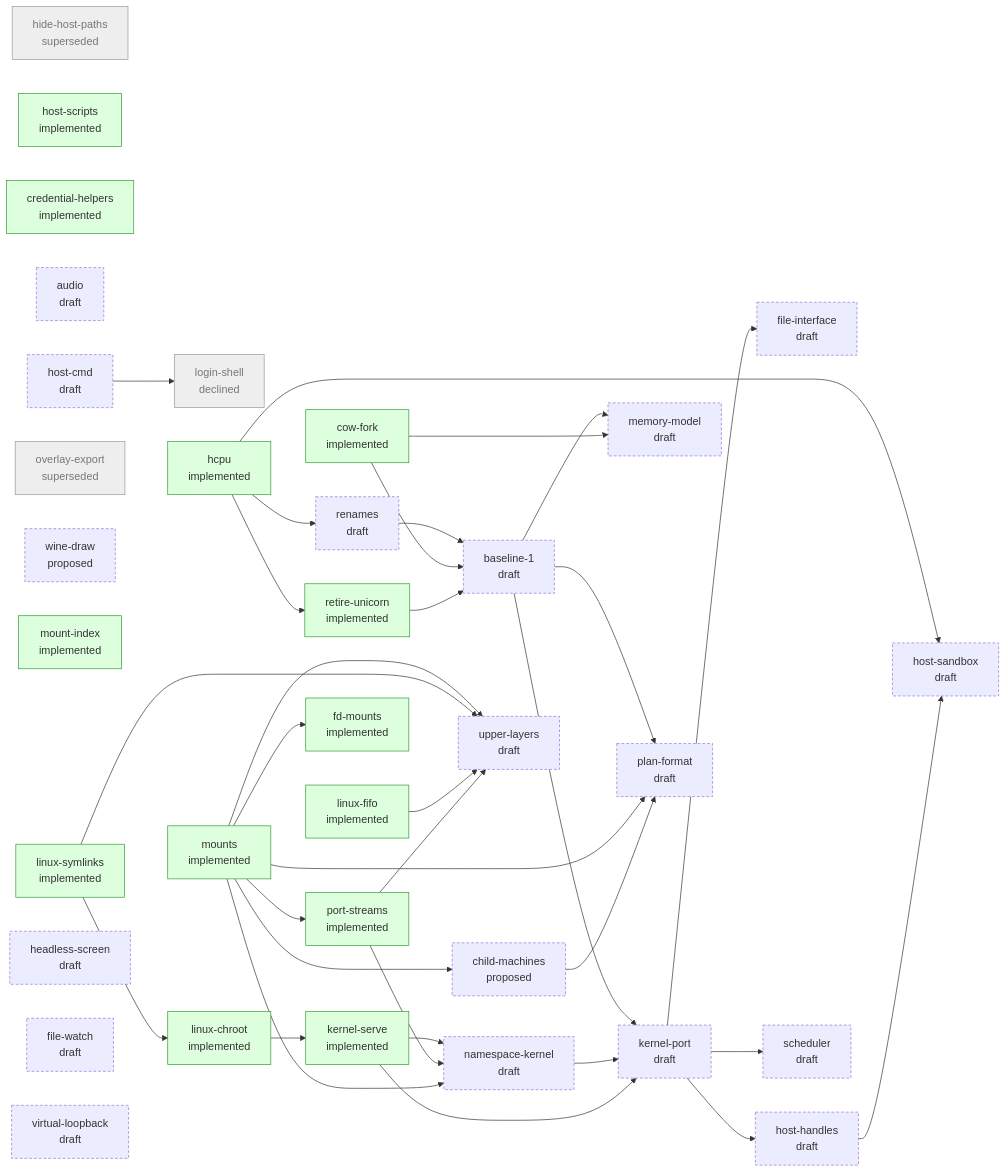
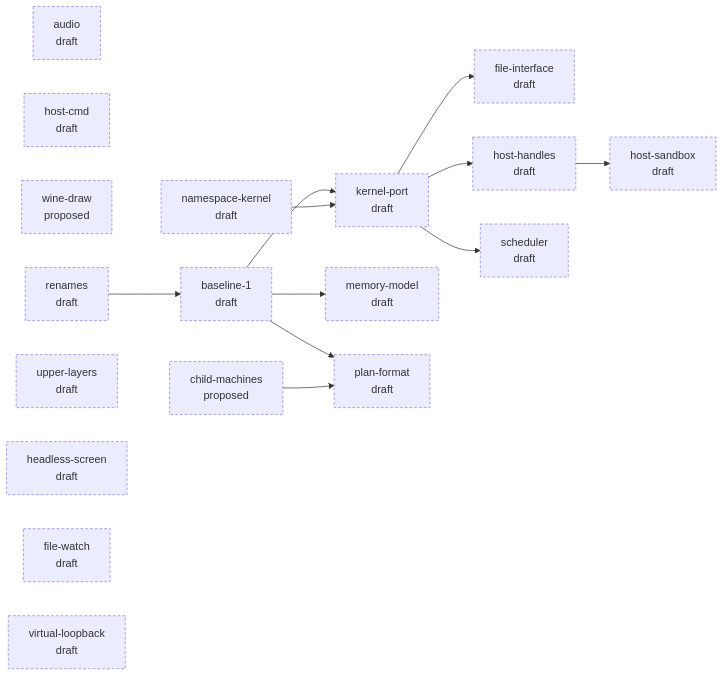
One commit to progrium/hyper9 changed the diagram in design/STATUS.md. Above: the diagram before and after it, drawn with Mermaid. The commit also changed other lines of this file, not shown here.

Commit message:
design: regenerate STATUS.md

````diff
--- a/design/STATUS.md
+++ b/design/STATUS.md
@@ -44,72 +28,35 @@
 ```mermaid
 flowchart LR
   classDef draft stroke-dasharray: 4 3
   classDef accepted stroke-width: 2px
   classDef implemented fill:#dfd,stroke:#393
   classDef closed fill:#eee,stroke:#999,color:#777
-  p_hide_host_paths["hide-host-paths<br/>superseded"]:::closed
   p_host_sandbox["host-sandbox<br/>draft"]:::draft
-  p_host_scripts["host-scripts<br/>implemented"]:::implemented
-  p_credential_helpers["credential-helpers<br/>implemented"]:::implemented
   p_audio["audio<br/>draft"]:::draft
   p_host_cmd["host-cmd<br/>draft"]:::draft
-  p_overlay_export["overlay-export<br/>superseded"]:::closed
-  p_login_shell["login-shell<br/>declined"]:::closed
   p_child_machines["child-machines<br/>proposed"]:::draft
-  p_cow_fork["cow-fork<br/>implemented"]:::implemented
   p_wine_draw["wine-draw<br/>proposed"]:::draft
-  p_mount_index["mount-index<br/>implemented"]:::implemented
-  p_hcpu["hcpu<br/>implemented"]:::implemented
-  p_kernel_serve["kernel-serve<br/>implemented"]:::implemented
   p_namespace_kernel["namespace-kernel<br/>draft"]:::draft
-  p_port_streams["port-streams<br/>implemented"]:::implemented
-  p_linux_fifo["linux-fifo<br/>implemented"]:::implemented
-  p_mounts["mounts<br/>implemented"]:::implemented
   p_baseline_1["baseline-1<br/>draft"]:::draft
   p_file_interface["file-interface<br/>draft"]:::draft
   p_host_handles["host-handles<br/>draft"]:::draft
   p_kernel_port["kernel-port<br/>draft"]:::draft
-  p_linux_symlinks["linux-symlinks<br/>implemented"]:::implemented
   p_memory_model["memory-model<br/>draft"]:::draft
   p_plan_format["plan-format<br/>draft"]:::draft
   p_renames["renames<br/>draft"]:::draft
-  p_retire_unicorn["retire-unicorn<br/>implemented"]:::implemented
   p_scheduler["scheduler<br/>draft"]:::draft
-  p_fd_mounts["fd-mounts<br/>implemented"]:::implemented
   p_upper_layers["upper-layers<br/>draft"]:::draft
   p_headless_screen["headless-screen<br/>draft"]:::draft
   p_file_watch["file-watch<br/>draft"]:::draft
-  p_linux_chroot["linux-chroot<br/>implemented"]:::implemented
   p_virtual_loopback["virtual-loopback<br/>draft"]:::draft
-  p_hcpu --> p_host_sandbox
   p_host_handles --> p_host_sandbox
-  p_host_cmd --> p_login_shell
-  p_mounts --> p_child_machines
-  p_linux_chroot --> p_kernel_serve
-  p_kernel_serve --> p_namespace_kernel
-  p_port_streams --> p_namespace_kernel
-  p_mounts --> p_namespace_kernel
-  p_mounts --> p_port_streams
   p_renames --> p_baseline_1
-  p_cow_fork --> p_baseline_1
-  p_retire_unicorn --> p_baseline_1
   p_kernel_port --> p_file_interface
   p_kernel_port --> p_host_handles
   p_baseline_1 --> p_kernel_port
   p_namespace_kernel --> p_kernel_port
-  p_kernel_serve --> p_kernel_port
   p_baseline_1 --> p_memory_model
-  p_cow_fork --> p_memory_model
   p_baseline_1 --> p_plan_format
-  p_mounts --> p_plan_format
   p_child_machines --> p_plan_format
-  p_hcpu --> p_renames
-  p_hcpu --> p_retire_unicorn
   p_kernel_port --> p_scheduler
-  p_mounts --> p_fd_mounts
-  p_mounts --> p_upper_layers
-  p_linux_symlinks --> p_upper_layers
-  p_linux_fifo --> p_upper_layers
-  p_port_streams --> p_upper_layers
-  p_linux_symlinks --> p_linux_chroot
 ```
````
